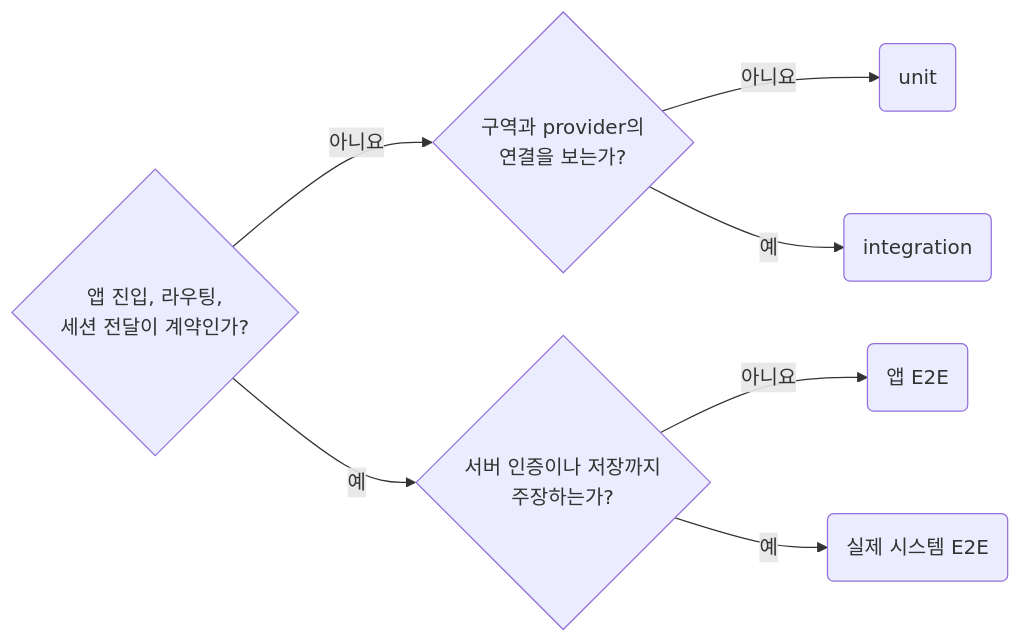
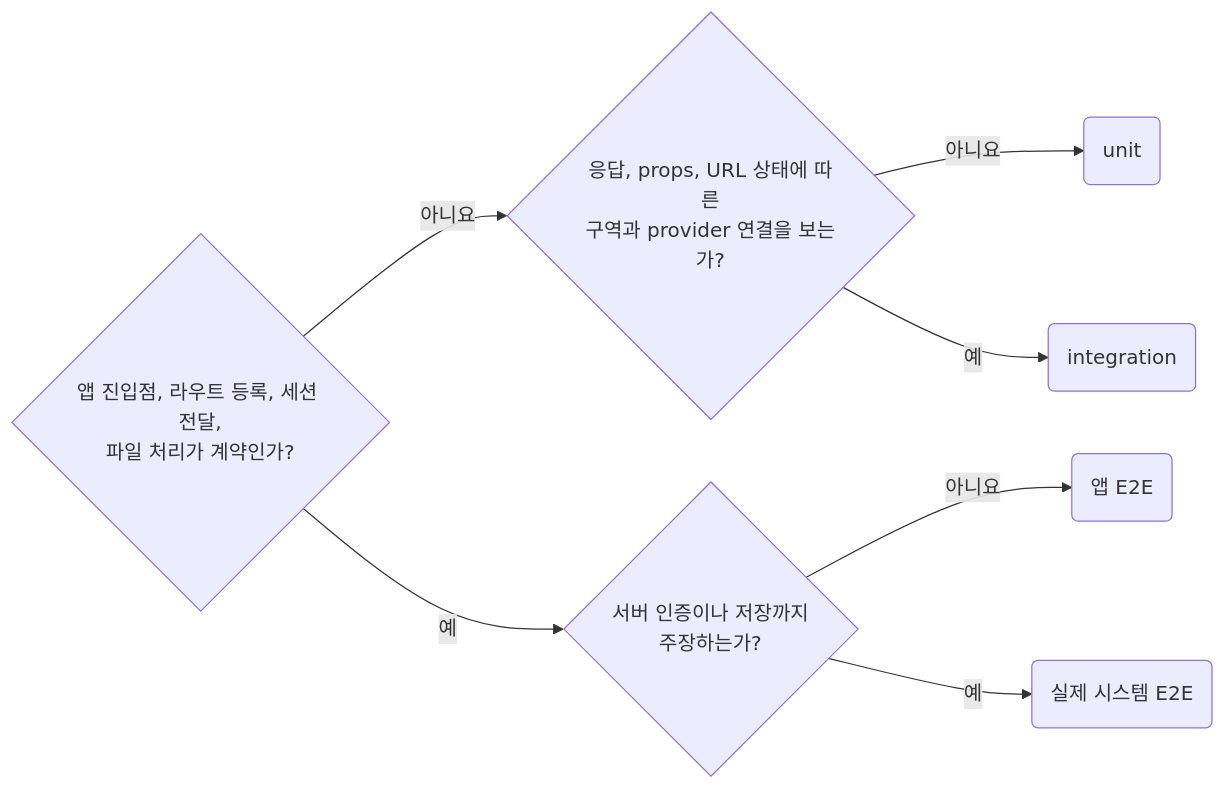
The diagram in skill/testing/rules/01-01-scope-choose-the-smallest-reliable-boundary.md (nomeehej/agent-conventions), drawn with Mermaid before and after one commit. The commit also changed other lines of this file and 60 other files, not shown here.

````diff
--- a/skill/testing/rules/01-01-scope-choose-the-smallest-reliable-boundary.md
+++ b/skill/testing/rules/01-01-scope-choose-the-smallest-reliable-boundary.md
@@ -19,7 +19,7 @@
 ```mermaid
 flowchart LR
-	q1{"앱 진입, 라우팅,<br>세션 전달이 계약인가?"} -- 아니요 --> q2{"구역과 provider의<br>연결을 보는가?"} -- 아니요 --> r1("unit")
+	q1{"앱 진입점, 라우트 등록, 세션 전달,<br>파일 처리가 계약인가?"} -- 아니요 --> q2{"응답, props, URL 상태에 따른<br>구역과 provider 연결을 보는가?"} -- 아니요 --> r1("unit")
 	q2 -- 예 --> r2("integration")
 	q1 -- 예 --> q3{"서버 인증이나 저장까지<br>주장하는가?"} -- 아니요 --> r3("앱 E2E")
 	q3 -- 예 --> r4("실제 시스템 E2E")
 ```
````
